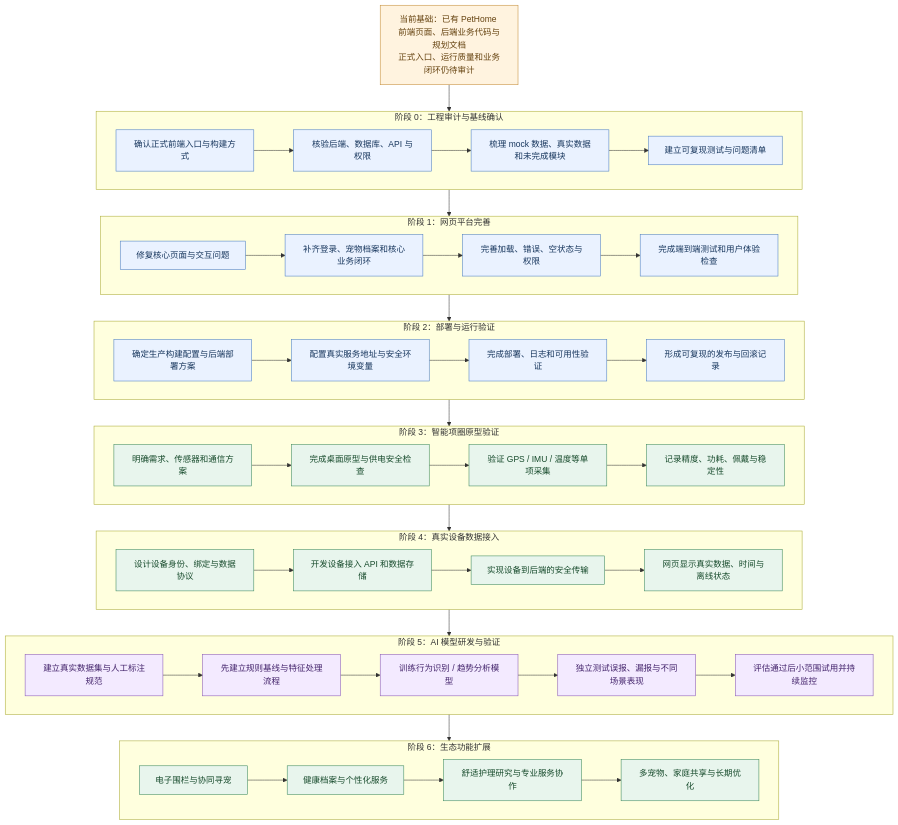
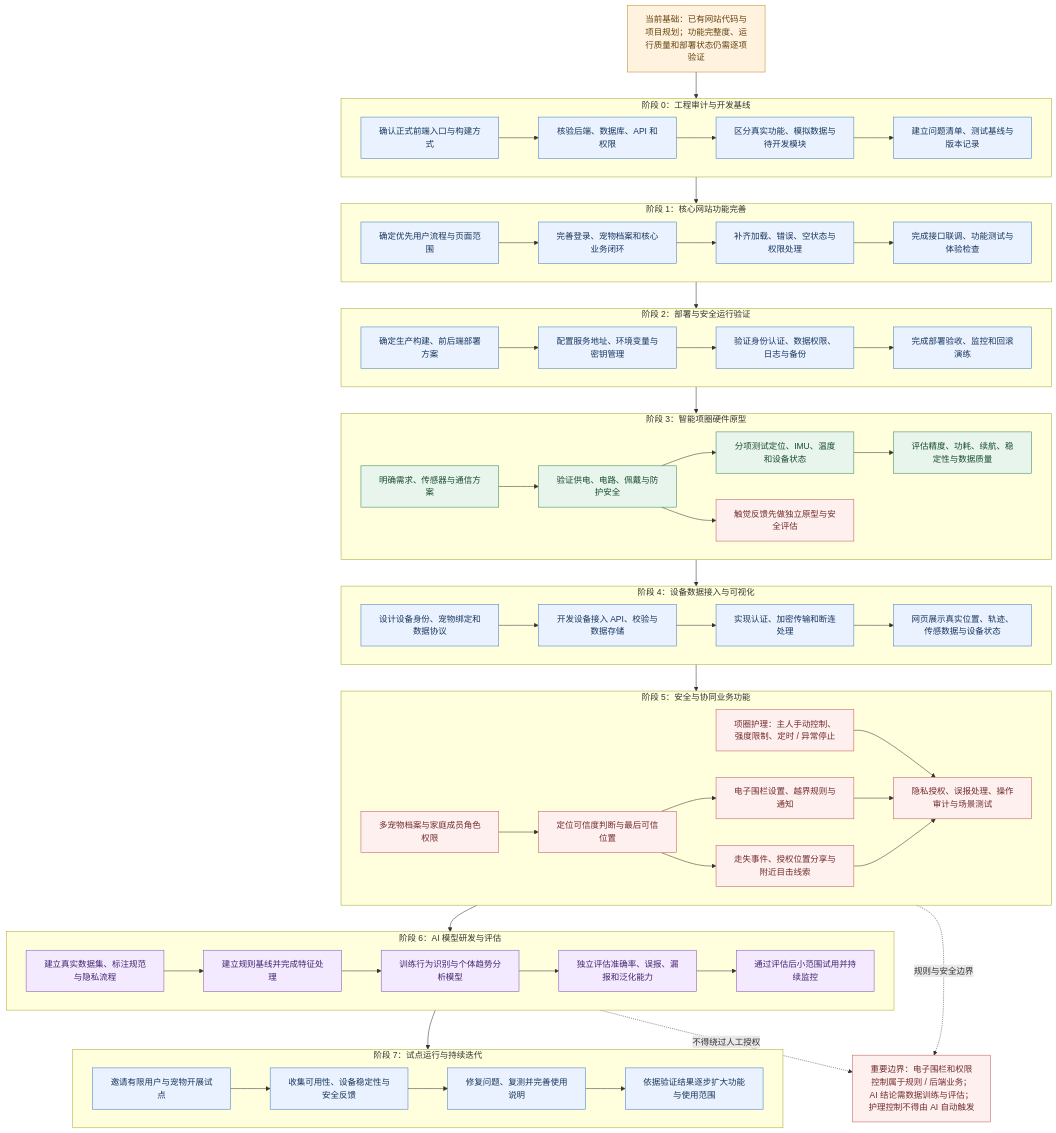
Before and after one commit to shuangrui666/Pethome: the fifth of 5 diagrams in README.md, drawn with Mermaid.

Commit message:
docs: expand PetHome development roadmap

````diff
--- a/README.md
+++ b/README.md
@@ -511,72 +511,94 @@
 ```mermaid
 flowchart TB
-    NOW["当前基础：已有 PetHome 前端页面、后端业务代码与规划文档<br/>正式入口、运行质量和业务闭环仍待审计"]
+    NOW["当前基础：已有网站代码与项目规划；功能完整度、运行质量和部署状态仍需逐项验证"]
 
-    subgraph PHASE0["阶段 0：工程审计与基线确认"]
+    subgraph PHASE0["阶段 0：工程审计与开发基线"]
         A1["确认正式前端入口与构建方式"]
-        A2["核验后端、数据库、API 与权限"]
-        A3["梳理 mock 数据、真实数据和未完成模块"]
-        A4["建立可复现测试与问题清单"]
+        A2["核验后端、数据库、API 和权限"]
+        A3["区分真实功能、模拟数据与待开发模块"]
+        A4["建立问题清单、测试基线与版本记录"]
         A1 --> A2 --> A3 --> A4
     end
 
-    subgraph PHASE1["阶段 1：网页平台完善"]
-        B1["修复核心页面与交互问题"]
-        B2["补齐登录、宠物档案和核心业务闭环"]
-        B3["完善加载、错误、空状态与权限"]
-        B4["完成端到端测试和用户体验检查"]
+    subgraph PHASE1["阶段 1：核心网站功能完善"]
+        B1["确定优先用户流程与页面范围"]
+        B2["完善登录、宠物档案和核心业务闭环"]
+        B3["补齐加载、错误、空状态与权限处理"]
+        B4["完成接口联调、功能测试与体验检查"]
         B1 --> B2 --> B3 --> B4
     end
 
-    subgraph PHASE2["阶段 2：部署与运行验证"]
-        C1["确定生产构建配置与后端部署方案"]
-        C2["配置真实服务地址与安全环境变量"]
-        C3["完成部署、日志和可用性验证"]
-        C4["形成可复现的发布与回滚记录"]
+    subgraph PHASE2["阶段 2：部署与安全运行验证"]
+        C1["确定生产构建、前后端部署方案"]
+        C2["配置服务地址、环境变量与密钥管理"]
+        C3["验证身份认证、数据权限、日志与备份"]
+        C4["完成部署验收、监控和回滚演练"]
         C1 --> C2 --> C3 --> C4
     end
 
-    subgraph PHASE3["阶段 3：智能项圈原型验证"]
-        D1["明确需求、传感器和通信方案"]
-        D2["完成桌面原型与供电安全检查"]
-        D3["验证 GPS / IMU / 温度等单项采集"]
-        D4["记录精度、功耗、佩戴与稳定性"]
+    subgraph PHASE3["阶段 3：智能项圈硬件原型"]
+        D1["明确需求、传感器与通信方案"]
+        D2["验证供电、电路、佩戴与防护安全"]
+        D3["分项测试定位、IMU、温度和设备状态"]
+        D4["评估精度、功耗、续航、稳定性与数据质量"]
+        D5["触觉反馈先做独立原型与安全评估"]
         D1 --> D2 --> D3 --> D4
+        D2 --> D5
     end
 
-    subgraph PHASE4["阶段 4：真实设备数据接入"]
-        E1["设计设备身份、绑定与数据协议"]
-        E2["开发设备接入 API 和数据存储"]
-        E3["实现设备到后端的安全传输"]
-        E4["网页显示真实数据、时间与离线状态"]
+    subgraph PHASE4["阶段 4：设备数据接入与可视化"]
+        E1["设计设备身份、宠物绑定和数据协议"]
+        E2["开发设备接入 API、校验与数据存储"]
+        E3["实现认证、加密传输和断连处理"]
+        E4["网页展示真实位置、轨迹、传感数据与设备状态"]
         E1 --> E2 --> E3 --> E4
     end
 
-    subgraph PHASE5["阶段 5：AI 模型研发与验证"]
-        F1["建立真实数据集与人工标注规范"]
-        F2["先建立规则基线与特征处理流程"]
-        F3["训练行为识别 / 趋势分析模型"]
-        F4["独立测试误报、漏报与不同场景表现"]
-        F5["评估通过后小范围试用并持续监控"]
+    subgraph PHASE5["阶段 5：安全与协同业务功能"]
+        S1["多宠物档案与家庭成员角色权限"]
+        S2["定位可信度判断与最后可信位置"]
+        S3["电子围栏设置、越界规则与通知"]
+        S4["走失事件、授权位置分享与附近目击线索"]
+        S5["项圈护理：主人手动控制、强度限制、定时 / 异常停止"]
+        S6["隐私授权、误报处理、操作审计与场景测试"]
+        S1 --> S2 --> S3
+        S2 --> S4
+        S5 --> S6
+        S3 --> S6
+        S4 --> S6
+    end
+
+    subgraph PHASE6["阶段 6：AI 模型研发与评估"]
+        F1["建立真实数据集、标注规范与隐私流程"]
+        F2["建立规则基线并完成特征处理"]
+        F3["训练行为识别与个体趋势分析模型"]
+        F4["独立评估准确率、误报、漏报和泛化能力"]
+        F5["通过评估后小范围试用并持续监控"]
         F1 --> F2 --> F3 --> F4 --> F5
     end
 
-    subgraph PHASE6["阶段 6：生态功能扩展"]
-        G1["电子围栏与协同寻宠"]
-        G2["健康档案与个性化服务"]
-        G3["舒适护理研究与专业服务协作"]
-        G4["多宠物、家庭共享与长期优化"]
+    subgraph PHASE7["阶段 7：试点运行与持续迭代"]
+        G1["邀请有限用户与宠物开展试点"]
+        G2["收集可用性、设备稳定性与安全反馈"]
+        G3["修复问题、复测并完善使用说明"]
+        G4["依据验证结果逐步扩大功能与使用范围"]
         G1 --> G2 --> G3 --> G4
     end
 
-    NOW --> PHASE0 --> PHASE1 --> PHASE2 --> PHASE3 --> PHASE4 --> PHASE5 --> PHASE6
+    NOW --> PHASE0 --> PHASE1 --> PHASE2 --> PHASE3 --> PHASE4 --> PHASE5 --> PHASE6 --> PHASE7
+
+    NOTE["重要边界：电子围栏和权限控制属于规则 / 后端业务；AI 结论需数据训练与评估；护理控制不得由 AI 自动触发"]
+    PHASE5 -. "规则与安全边界" .-> NOTE
+    PHASE6 -. "不得绕过人工授权" .-> NOTE
 
     classDef current fill:#fff3df,stroke:#c28a35,color:#65420f
     classDef engineering fill:#eaf2ff,stroke:#477ac3,color:#17365d
     classDef hardware fill:#e8f5ed,stroke:#38865a,color:#174b2c
+    classDef safety fill:#fff0f0,stroke:#c65b5b,color:#702b2b
     classDef ai fill:#f3eaff,stroke:#8554b5,color:#43236b
     class NOW current
-    class A1,A2,A3,A4,B1,B2,B3,B4,C1,C2,C3,C4 engineering
-    class D1,D2,D3,D4,E1,E2,E3,E4,G1,G2,G3,G4 hardware
+    class A1,A2,A3,A4,B1,B2,B3,B4,C1,C2,C3,C4,E1,E2,E3,E4,G1,G2,G3,G4 engineering
+    class D1,D2,D3,D4 hardware
+    class D5,S1,S2,S3,S4,S5,S6,NOTE safety
     class F1,F2,F3,F4,F5 ai
 ```
````
